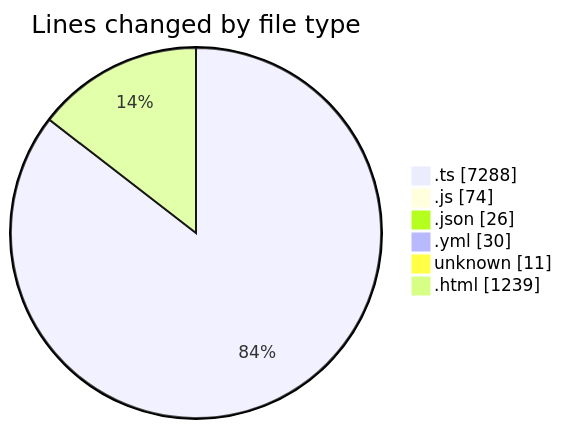
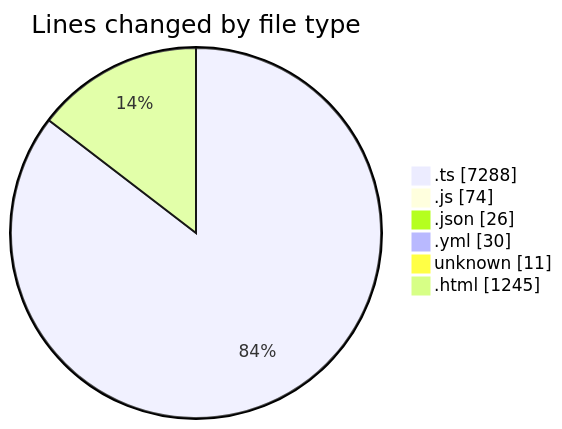
One commit to tmsrecording-cyber/code-tracking changed the first of 2 diagrams in 2026-02-07/singularitybrainai/README.md. Above: the diagram before and after it, drawn with Mermaid. The commit also changed other lines of this file and 1 other file, not shown here.

````diff
--- a/2026-02-07/singularitybrainai/README.md
+++ b/2026-02-07/singularitybrainai/README.md
@@ -41,10 +41,10 @@
 ```mermaid
 pie showData
 title Lines changed by file type
 ".ts" : 7288
 ".js" : 74
 ".json" : 26
 ".yml" : 30
 "unknown" : 11
-".html" : 1239
+".html" : 1245
 ```
````
